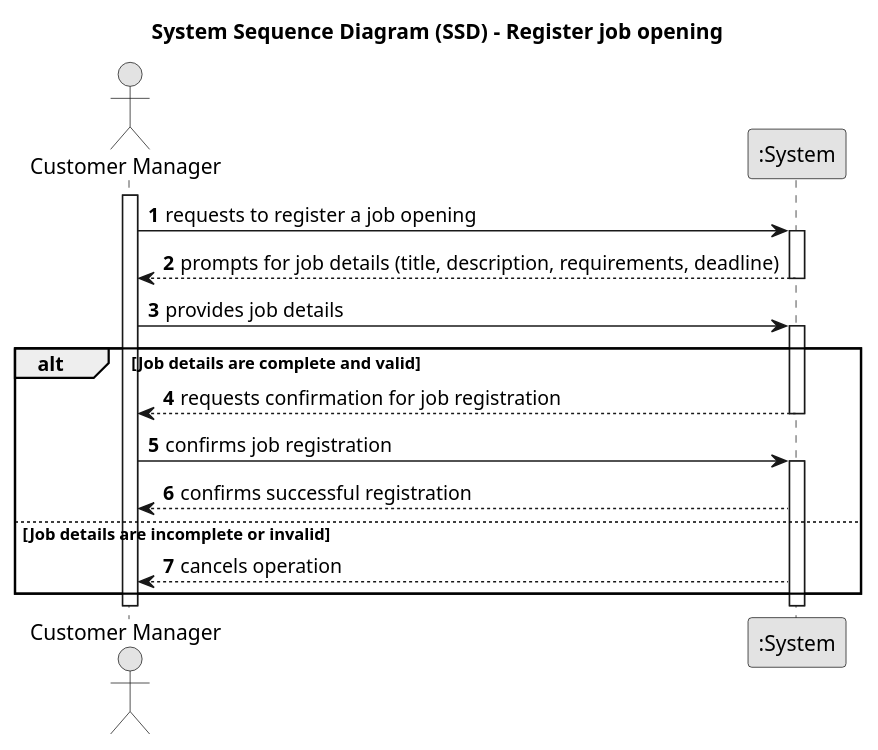
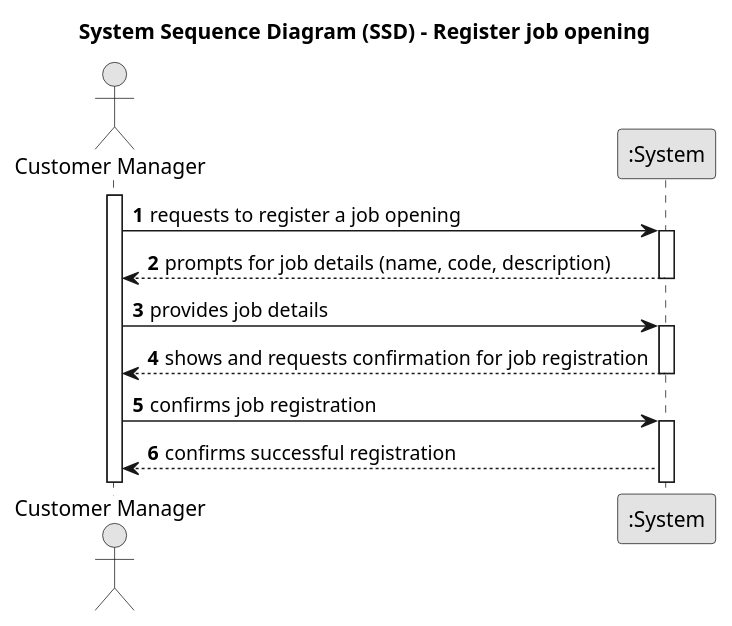
One commit to marcoferreira37/Lapr4 changed the diagram in docs/sprintB/1002/1002-system-sequence-diagram.puml. Above: the diagram before and after it, drawn with PlantUML. The commit also changed 3 other files, not shown here.

```diff
--- a/docs/sprintB/1002/1002-system-sequence-diagram.puml
+++ b/docs/sprintB/1002/1002-system-sequence-diagram.puml
@@ -1,40 +1,34 @@
 @startuml
 skinparam monochrome true
 skinparam packageStyle rectangle
 skinparam shadowing false
 
 title System Sequence Diagram (SSD) - Register job opening
 
 autonumber
 
 actor "Customer Manager" as Manager
 participant ":System" as System
 
 activate Manager
 
     Manager -> System : requests to register a job opening
     activate System
 
-    System --> Manager : prompts for job details (title, description, requirements, deadline)
+    System --> Manager : prompts for job details (name, code, description)
     deactivate System
 
     Manager -> System : provides job details
 
     activate System
 
-    alt Job details are complete and valid
 
-        System --> Manager : requests confirmation for job registration
+        System --> Manager : shows and requests confirmation for job registration
         deactivate System
 
         Manager -> System : confirms job registration
         activate System
 
         System --> Manager : confirms successful registration
 
-    else Job details are incomplete or invalid
-
-        System --> Manager :  cancels operation
-    end
-
 @enduml
```
